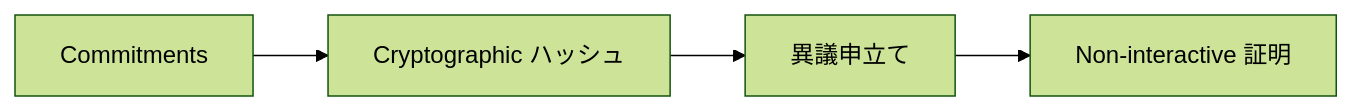
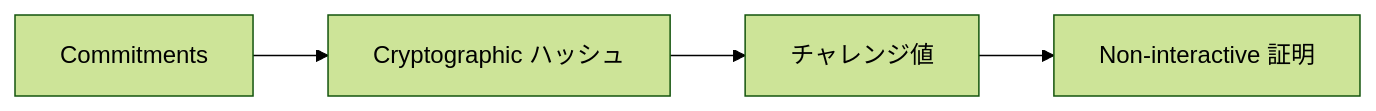
Diagram 15 of 43 in docs/whitepaper/09-technology.md (ShigeichiroYamasaki/creator-first-platform), drawn with Mermaid (forest theme) before and after one commit. The commit also changed other lines of this file and 42 other files, not shown here.

Commit message:
Design production service architecture

````diff
--- a/docs/whitepaper/09-technology.md
+++ b/docs/whitepaper/09-technology.md
@@ -655,9 +647,9 @@
 ```mermaid
 flowchart LR
     COMMIT[Commitments]
     HASH[Cryptographic ハッシュ]
-    CHALLENGE[異議申立て]
+    CHALLENGE[チャレンジ値]
     PROOF[Non-interactive 証明]
 
     COMMIT --> HASH --> CHALLENGE --> PROOF
 ```
````
